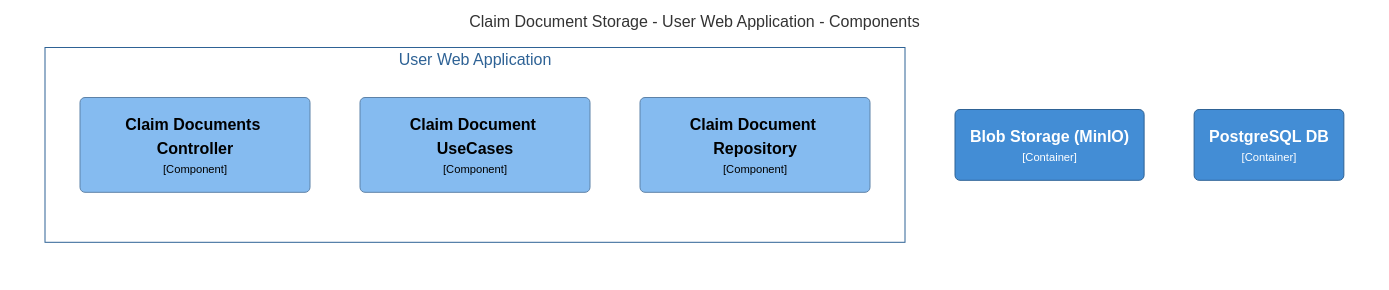
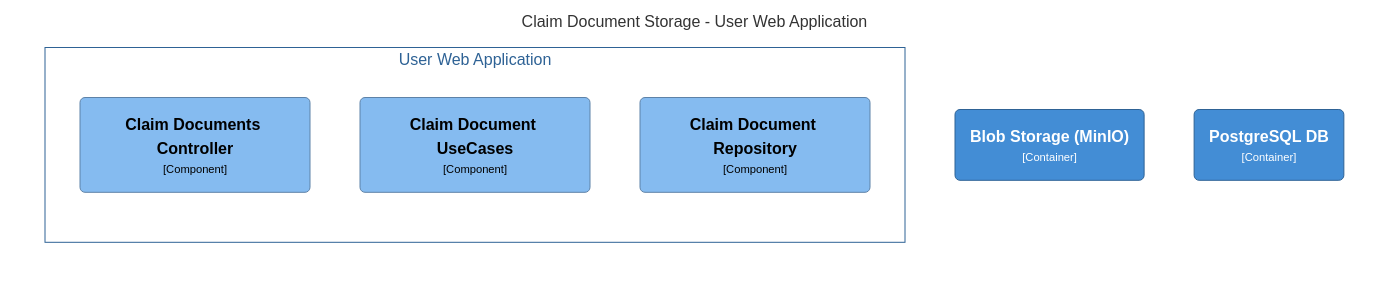
Before and after one commit to hubignite/testrepo: the third of 9 diagrams in workspace.md, drawn with Mermaid. The commit also changed other lines of this file and 1 other file, not shown here.

````diff
--- a/workspace.md
+++ b/workspace.md
@@ -70,25 +70,25 @@
 ```mermaid
 graph LR
   linkStyle default fill:#ffffff stroke:0
 
-  subgraph diagram ["Claim Document Storage - User Web Application - Components"]
+  subgraph diagram ["Claim Document Storage - User Web Application"]
     style diagram fill:#ffffff,stroke:#ffffff
 
     12("<div style='font-weight: bold'>Blob Storage (MinIO)</div><div style='font-size: 70%; margin-top: 0px'>[Container]</div>")
     style 12 fill:#438dd5,stroke:#2e6295,color:#ffffff
     14("<div style='font-weight: bold'>PostgreSQL DB</div><div style='font-size: 70%; margin-top: 0px'>[Container]</div>")
     style 14 fill:#438dd5,stroke:#2e6295,color:#ffffff
 
     subgraph 4 ["User Web Application"]
       style 4 fill:#ffffff,stroke:#2e6295,color:#2e6295
 
       5("<div style='font-weight: bold'>Claim Documents Controller</div><div style='font-size: 70%; margin-top: 0px'>[Component]</div>")
       style 5 fill:#85bbf0,stroke:#5d82a8,color:#000000
       6("<div style='font-weight: bold'>Claim Document UseCases</div><div style='font-size: 70%; margin-top: 0px'>[Component]</div>")
       style 6 fill:#85bbf0,stroke:#5d82a8,color:#000000
       7("<div style='font-weight: bold'>Claim Document Repository</div><div style='font-size: 70%; margin-top: 0px'>[Component]</div>")
       style 7 fill:#85bbf0,stroke:#5d82a8,color:#000000
     end
 
   end
 ```
````
